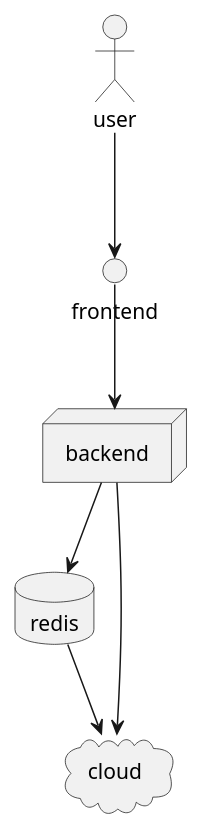
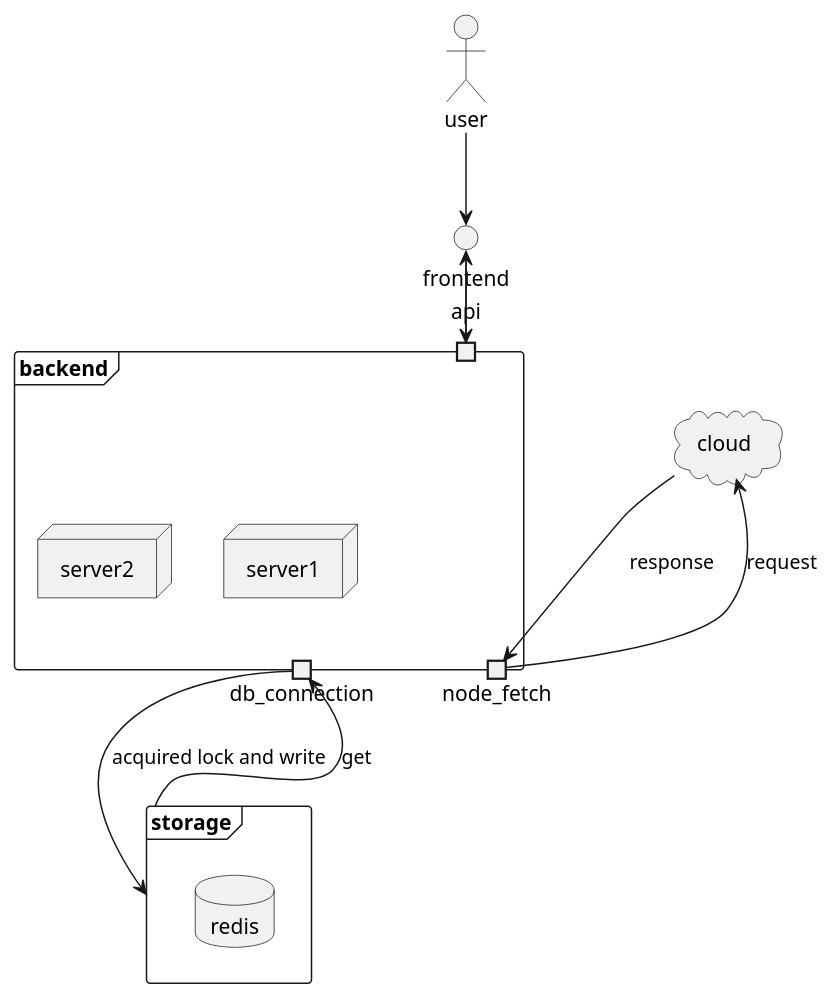
One commit to justcodebryan/cryptocurrency-price-server changed the first of 2 diagrams in README.md. Above: the diagram before and after it, drawn with PlantUML. The commit also changed other lines of this file, not shown here.

````diff
--- a/README.md
+++ b/README.md
@@ -23,16 +25,26 @@
 ```plantuml
 @startuml
 actor user
 interface frontend
-node backend
-database redis
+frame backend {
+  portin api
+  node server1
+  node server2
+  portout db_connection
+  portout node_fetch
+}
+frame storage {
+  database redis
+}
 cloud cloud
 
 user --> frontend
-frontend --> backend
-backend --> redis
-backend --> cloud
-redis --> cloud
+frontend --> api
+api --> frontend
+db_connection --> storage: acquired lock and write
+storage --> db_connection: get
+node_fetch --> cloud: request
+cloud --> node_fetch: response
 
 @enduml
 ```
````
